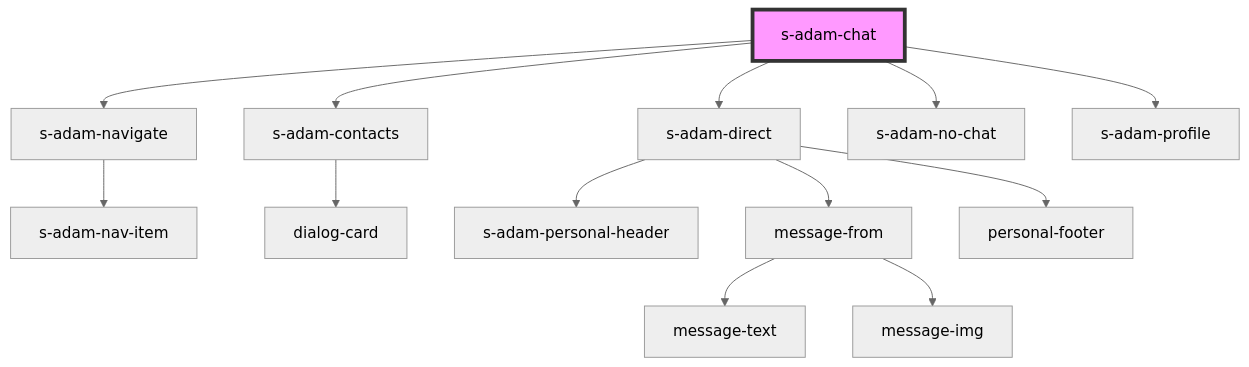
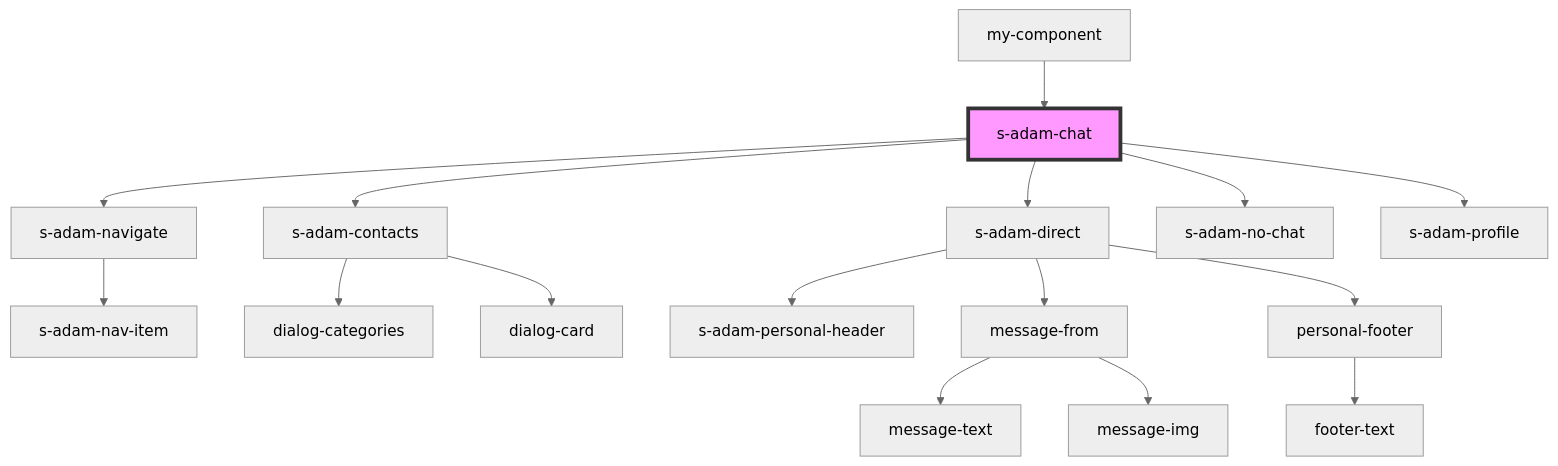
The diagram in src/components/comp/s-adam-chat/readme.md (saqhan/stencil-chat), drawn with Mermaid (neutral theme) before and after one commit. The commit also changed other lines of this file and 24 other files, not shown here.

````diff
--- a/src/components/comp/s-adam-chat/readme.md
+++ b/src/components/comp/s-adam-chat/readme.md
@@ -19,16 +23,19 @@
 ```mermaid
 graph TD;
   s-adam-chat --> s-adam-navigate
   s-adam-chat --> s-adam-contacts
   s-adam-chat --> s-adam-direct
   s-adam-chat --> s-adam-no-chat
   s-adam-chat --> s-adam-profile
   s-adam-navigate --> s-adam-nav-item
+  s-adam-contacts --> dialog-categories
   s-adam-contacts --> dialog-card
   s-adam-direct --> s-adam-personal-header
   s-adam-direct --> message-from
   s-adam-direct --> personal-footer
   message-from --> message-text
   message-from --> message-img
+  personal-footer --> footer-text
+  my-component --> s-adam-chat
   style s-adam-chat fill:#f9f,stroke:#333,stroke-width:4px
 ```
````
